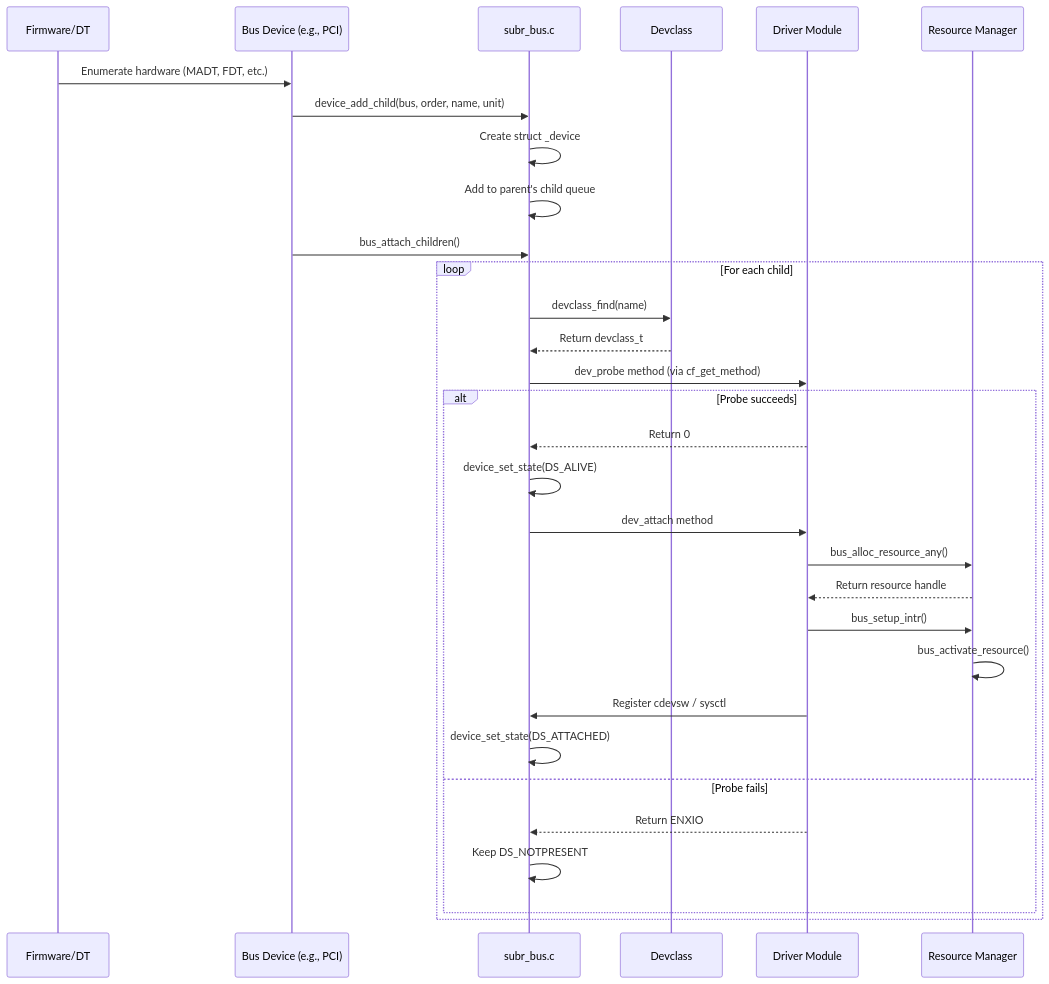
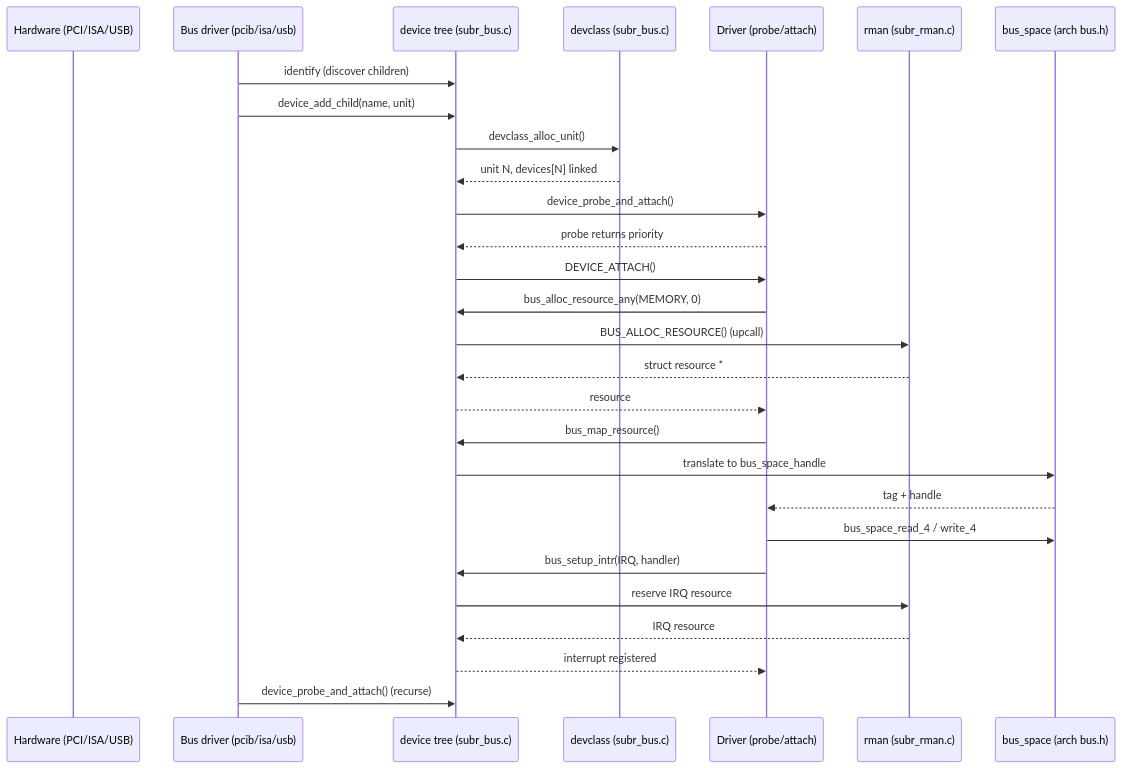
One commit to ocochard/freebsd-src changed the diagram in sys/kern/README_driver.md. Above: the diagram before and after it, drawn with Mermaid. The commit also changed other lines of this file and 40 other files, not shown here.

````diff
--- a/sys/kern/README_driver.md
+++ b/sys/kern/README_driver.md
@@ -237,34 +205,31 @@
 ```mermaid
 sequenceDiagram
-    participant Firmware as Firmware/DT
-    participant Bus as Bus Device (e.g., PCI)
-    participant Newbus as subr_bus.c
-    participant Devclass as Devclass
-    participant Driver as Driver Module
-    participant Rman as Resource Manager
+    participant HW as Hardware (PCI/ISA/USB)
+    participant Bus as Bus driver (pcib/isa/usb)
+    participant Tree as device tree (subr_bus.c)
+    participant DC as devclass (subr_bus.c)
+    participant DRV as Driver (probe/attach)
+    participant RM as rman (subr_rman.c)
+    participant BS as bus_space (arch bus.h)
 
-    Firmware->>Bus: Enumerate hardware (MADT, FDT, etc.)
-    Bus->>Newbus: device_add_child(bus, order, name, unit)
-    Newbus->>Newbus: Create struct _device
-    Newbus->>Newbus: Add to parent's child queue
-    Bus->>Newbus: bus_attach_children()
-    loop For each child
-        Newbus->>Devclass: devclass_find(name)
-        Devclass-->>Newbus: Return devclass_t
-        Newbus->>Driver: dev_probe method (via cf_get_method)
-        alt Probe succeeds
-            Driver-->>Newbus: Return 0
-            Newbus->>Newbus: device_set_state(DS_ALIVE)
-            Newbus->>Driver: dev_attach method
-            Driver->>Rman: bus_alloc_resource_any()
-            Rman-->>Driver: Return resource handle
-            Driver->>Rman: bus_setup_intr()
-            Rman->>Rman: bus_activate_resource()
-            Driver->>Newbus: Register cdevsw / sysctl
-            Newbus->>Newbus: device_set_state(DS_ATTACHED)
-        else Probe fails
-            Driver-->>Newbus: Return ENXIO
-            Newbus->>Newbus: Keep DS_NOTPRESENT
-        end
-    end
+    Bus->>Tree: identify (discover children)
+    Bus->>Tree: device_add_child(name, unit)
+    Tree->>DC: devclass_alloc_unit()
+    DC-->>Tree: unit N, devices[N] linked
+    Tree->>DRV: device_probe_and_attach()
+    DRV-->>Tree: probe returns priority
+    Tree->>DRV: DEVICE_ATTACH()
+    DRV->>Tree: bus_alloc_resource_any(MEMORY, 0)
+    Tree->>RM: BUS_ALLOC_RESOURCE() (upcall)
+    RM-->>Tree: struct resource *
+    Tree-->>DRV: resource
+    DRV->>Tree: bus_map_resource()
+    Tree->>BS: translate to bus_space_handle
+    BS-->>DRV: tag + handle
+    DRV->>BS: bus_space_read_4 / write_4
+    DRV->>Tree: bus_setup_intr(IRQ, handler)
+    Tree->>RM: reserve IRQ resource
+    RM-->>Tree: IRQ resource
+    Tree-->>DRV: interrupt registered
+    Bus->>Tree: device_probe_and_attach() (recurse)
 ```
````
